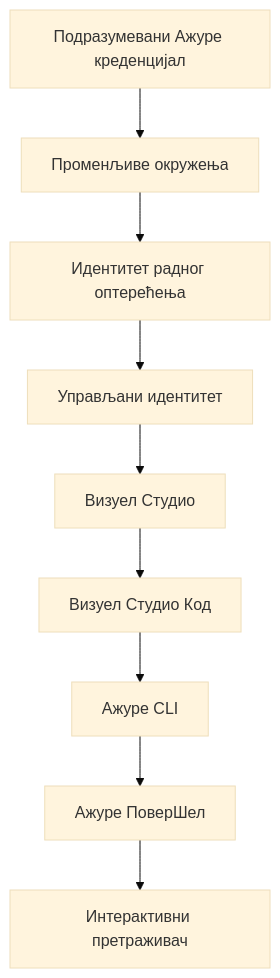
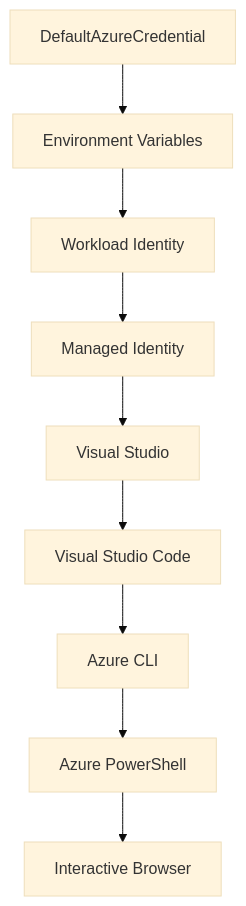
The second of 2 diagrams in translations/sr/docs/chapter-01-foundation/azd-basics.md (microsoft/AZD-for-beginners), drawn with Mermaid (base theme) before and after one commit. The commit also changed other lines of this file and 168 other files, not shown here.

````diff
--- a/translations/sr/docs/chapter-01-foundation/azd-basics.md
+++ b/translations/sr/docs/chapter-01-foundation/azd-basics.md
@@ -608,11 +616,11 @@
 ```mermaid
 graph TD
-    A[Подразумевани Ажуре креденцијал] --> B[Променљиве окружења]
-    B --> C[Идентитет радног оптерећења]
-    C --> D[Управљани идентитет]
-    D --> E[Визуел Студио]
-    E --> F[Визуел Студио Код]
-    F --> G[Ажуре CLI]
-    G --> H[Ажуре ПоверШел]
-    H --> I[Интерактивни претраживач]
+    A[DefaultAzureCredential] --> B[Environment Variables]
+    B --> C[Workload Identity]
+    C --> D[Managed Identity]
+    D --> E[Visual Studio]
+    E --> F[Visual Studio Code]
+    F --> G[Azure CLI]
+    G --> H[Azure PowerShell]
+    H --> I[Interactive Browser]
 ```
````
